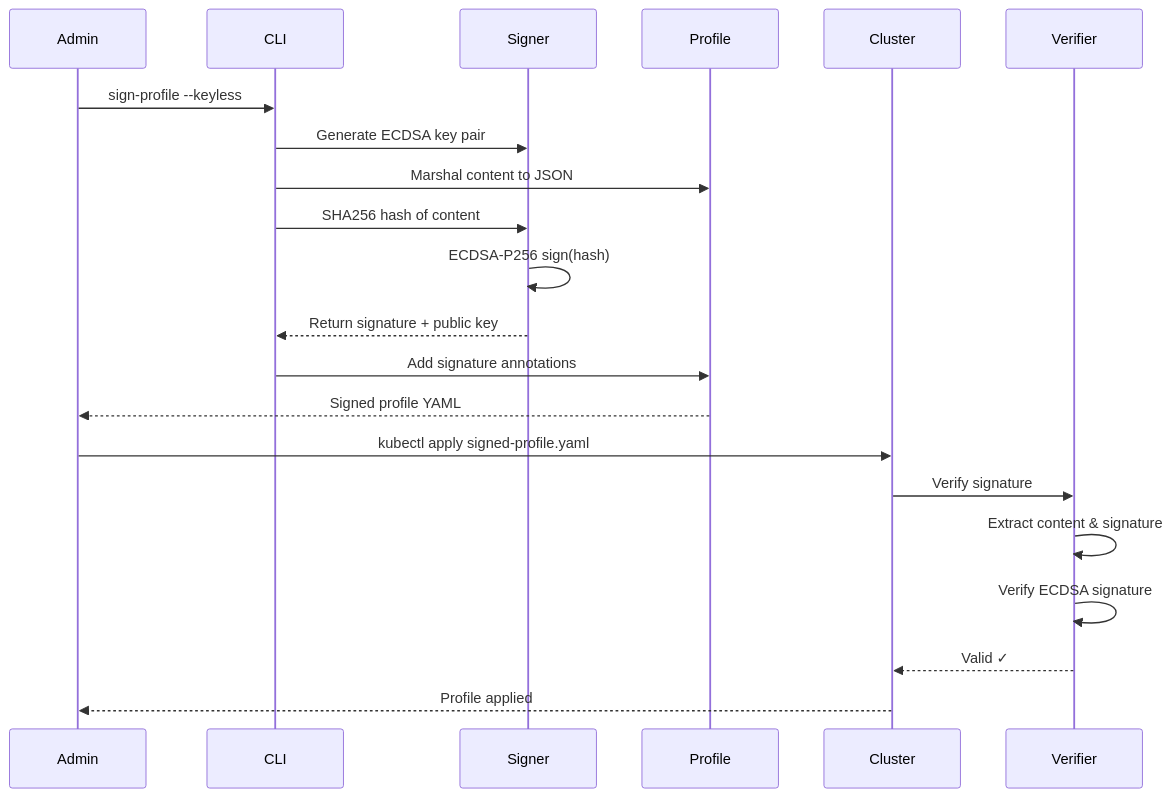
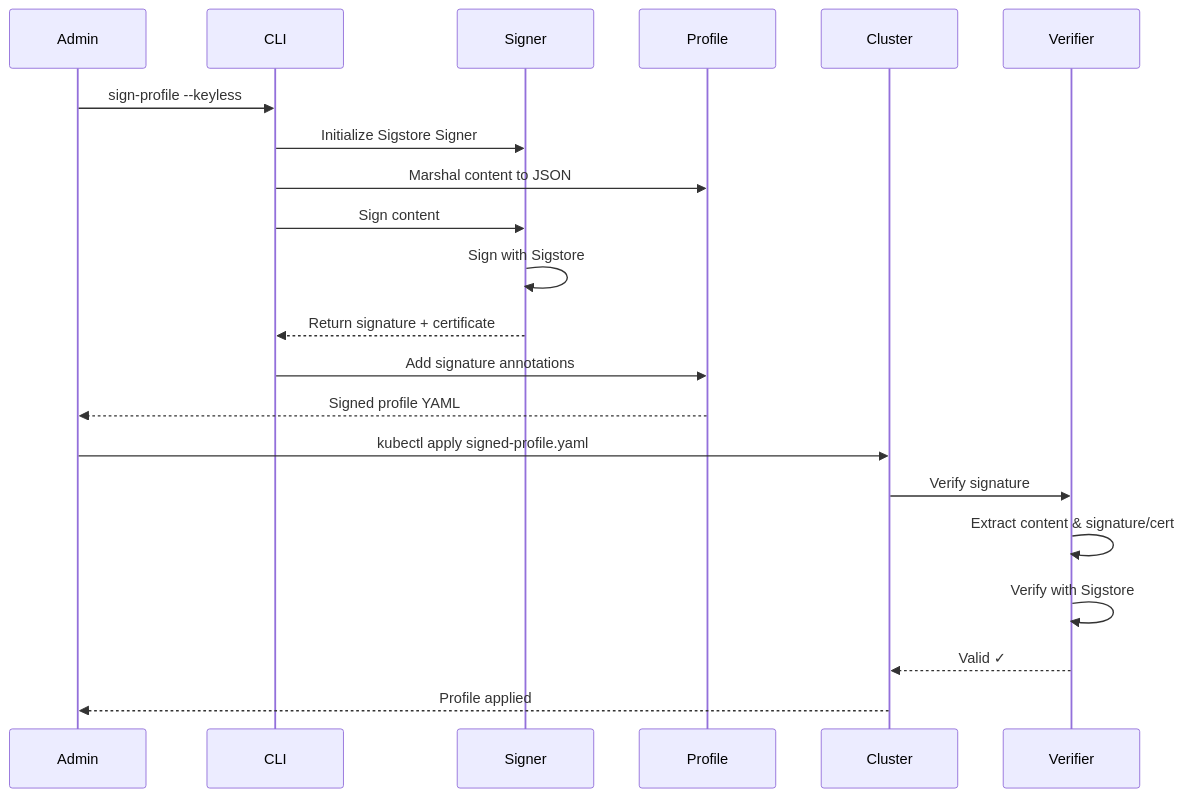
The second of 2 diagrams in docs/signing/README.md (kubescape/node-agent), drawn with Mermaid before and after one commit. The commit also changed other lines of this file and 5 other files, not shown here.

````diff
--- a/docs/signing/README.md
+++ b/docs/signing/README.md
@@ -397,25 +395,25 @@
 ```mermaid
 sequenceDiagram
     participant Admin
     participant CLI
     participant Signer
     participant Profile
     participant Cluster
     participant Verifier
 
     Admin->>CLI: sign-profile --keyless
-    CLI->>Signer: Generate ECDSA key pair
+    CLI->>Signer: Initialize Sigstore Signer
     CLI->>Profile: Marshal content to JSON
-    CLI->>Signer: SHA256 hash of content
-    Signer->>Signer: ECDSA-P256 sign(hash)
-    Signer-->>CLI: Return signature + public key
+    CLI->>Signer: Sign content
+    Signer->>Signer: Sign with Sigstore
+    Signer-->>CLI: Return signature + certificate
     CLI->>Profile: Add signature annotations
     Profile-->>Admin: Signed profile YAML
 
     Admin->>Cluster: kubectl apply signed-profile.yaml
     Cluster->>Verifier: Verify signature
-    Verifier->>Verifier: Extract content & signature
-    Verifier->>Verifier: Verify ECDSA signature
+    Verifier->>Verifier: Extract content & signature/cert
+    Verifier->>Verifier: Verify with Sigstore
     Verifier-->>Cluster: Valid ✓
     Cluster-->>Admin: Profile applied
 ```
````
